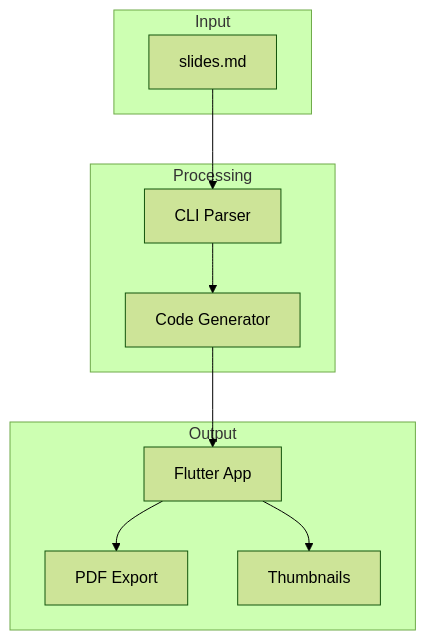
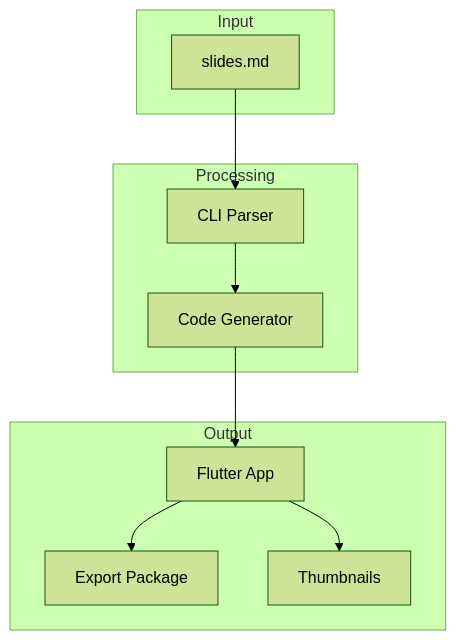
Before and after one commit to btwld/superdeck: the third of 3 diagrams in demo/slides.md, drawn with Mermaid (forest theme). The commit also changed other lines of this file and 6 other files, not shown here.

Commit message:
docs: document PDF as separate package

````diff
--- a/demo/slides.md
+++ b/demo/slides.md
@@ -335,23 +335,23 @@
 ```mermaid
 graph TB
     subgraph Input
         A[slides.md]
     end
 
     subgraph Processing
         C[CLI Parser]
         D[Code Generator]
     end
 
     subgraph Output
         E[Flutter App]
-        F[PDF Export]
+        F[Export Package]
         G[Thumbnails]
     end
 
     A --> C
     C --> D
     D --> E
     E --> F
     E --> G
 ```
````
